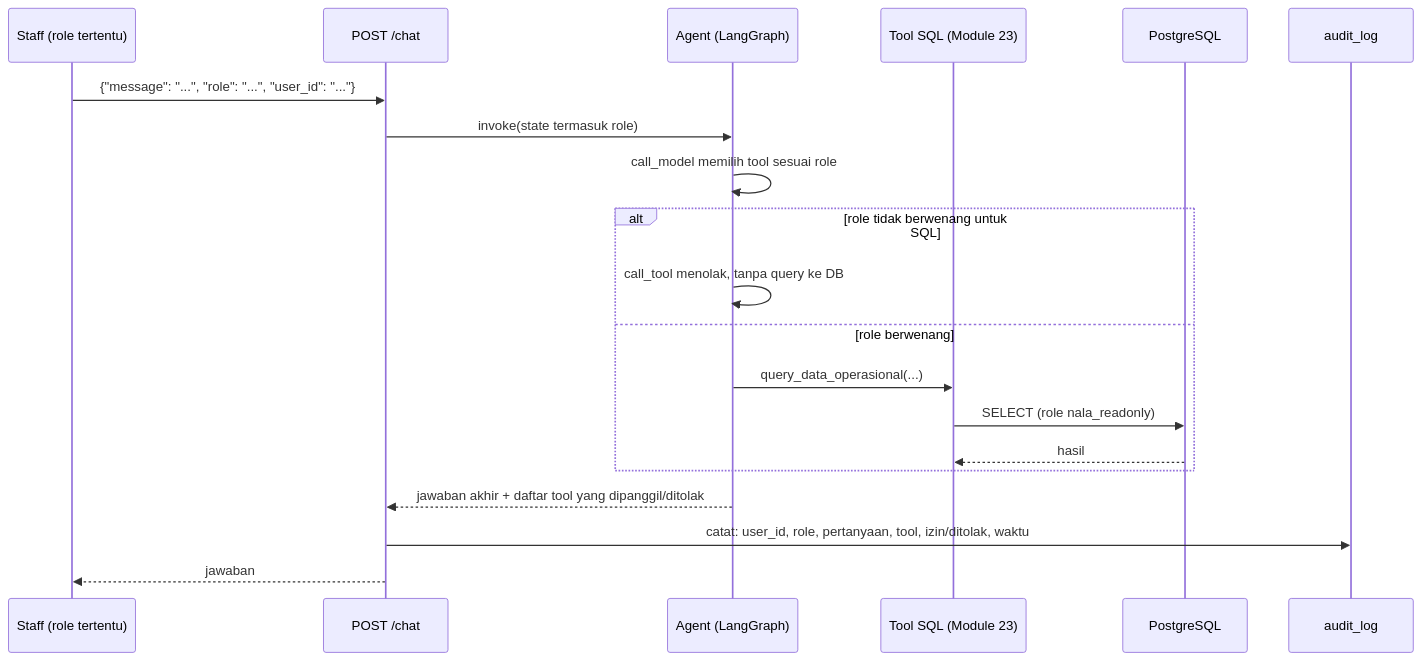
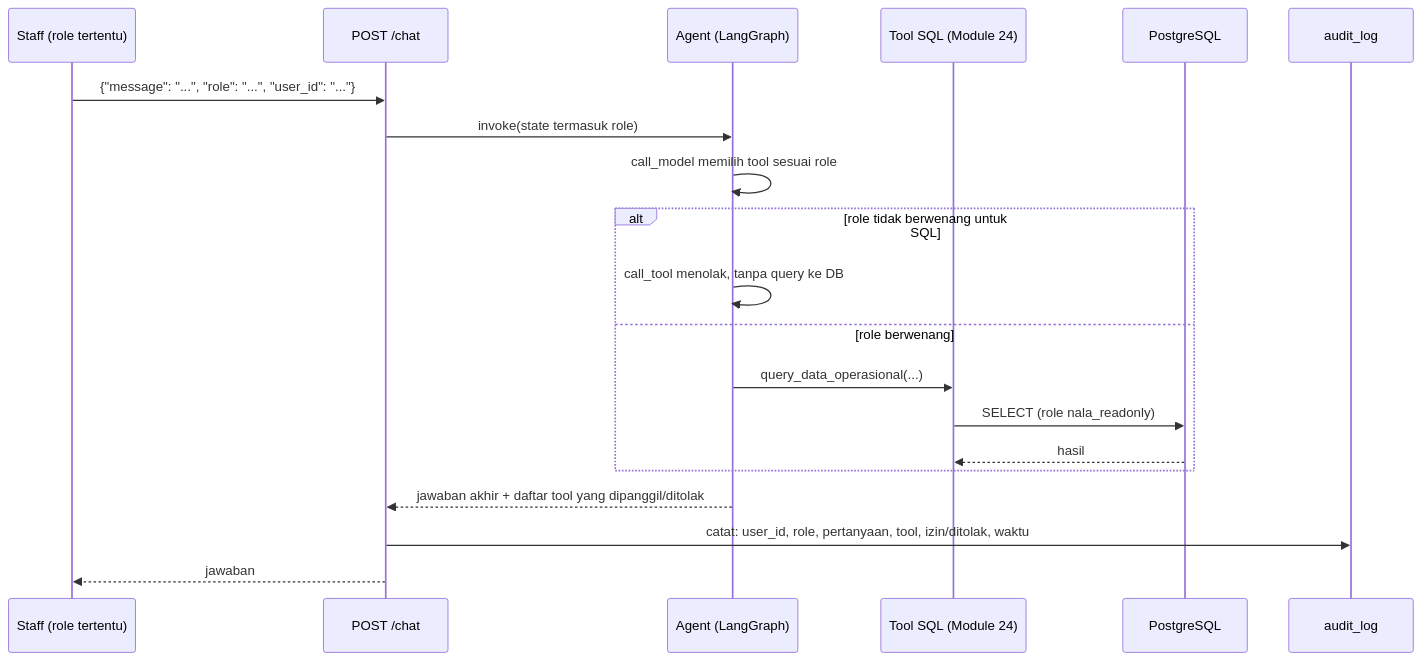
The second of 2 diagrams in Module-26-RBAC-Audit-Logging/materi.md (githubna-ilham/nala_ai), drawn with Mermaid before and after one commit. The commit also changed other lines of this file and 1 other file, not shown here.

Commit message:
Module 25-26 (dulu 24-25): perbaiki H1 title dan semua cross-reference nomor modul setelah pemisahan Module 12/13

````diff
--- a/Module-26-RBAC-Audit-Logging/materi.md
+++ b/Module-26-RBAC-Audit-Logging/materi.md
@@ -40,23 +40,23 @@
 ```mermaid
 sequenceDiagram
     participant U as Staff (role tertentu)
     participant API as POST /chat
     participant AG as Agent (LangGraph)
-    participant SQL as Tool SQL (Module 23)
+    participant SQL as Tool SQL (Module 24)
     participant DB as PostgreSQL
     participant LOG as audit_log
 
     U->>API: {"message": "...", "role": "...", "user_id": "..."}
     API->>AG: invoke(state termasuk role)
     AG->>AG: call_model memilih tool sesuai role
     alt role tidak berwenang untuk SQL
         AG->>AG: call_tool menolak, tanpa query ke DB
     else role berwenang
         AG->>SQL: query_data_operasional(...)
         SQL->>DB: SELECT (role nala_readonly)
         DB-->>SQL: hasil
     end
     AG-->>API: jawaban akhir + daftar tool yang dipanggil/ditolak
     API->>LOG: catat: user_id, role, pertanyaan, tool, izin/ditolak, waktu
     API-->>U: jawaban
 ```
````
